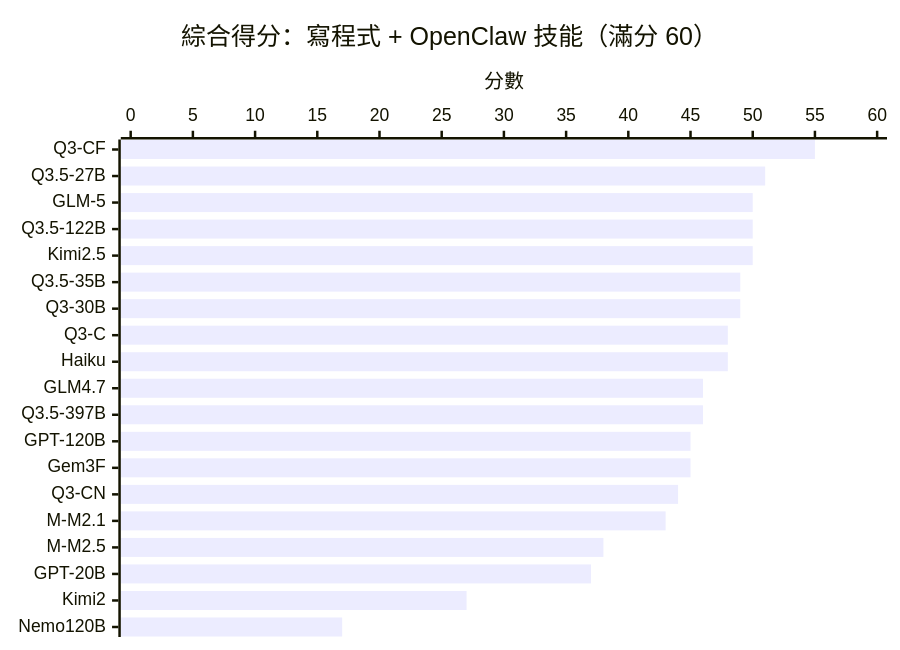
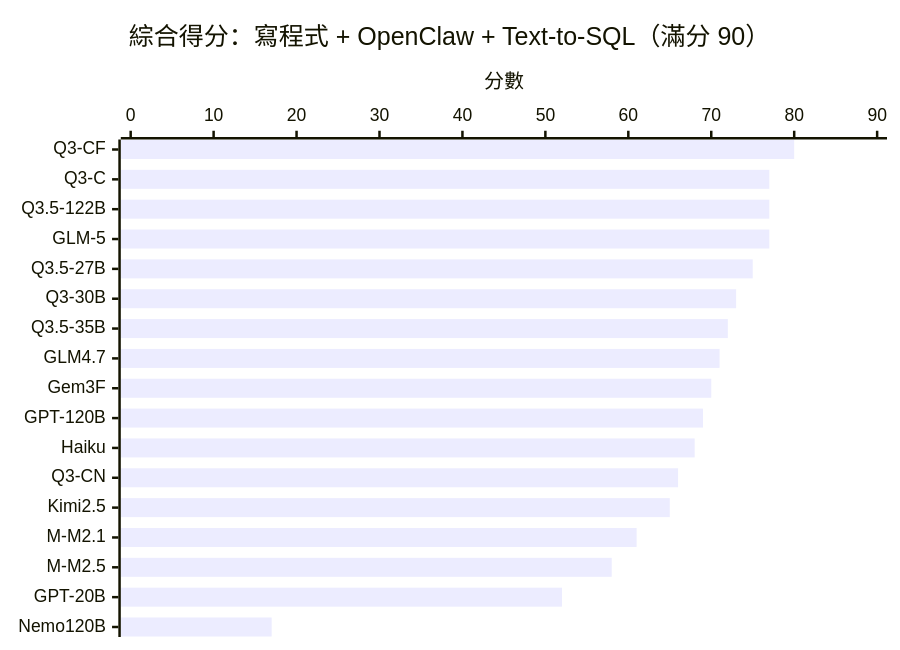
One commit to ywchiu/local_agentic_llm changed the first of 2 diagrams in README_zh.md. Above: the diagram before and after it, drawn with Mermaid. The commit also changed other lines of this file and 11 other files, not shown here.

First line of the commit message:
docs: add Group 3 Text-to-SQL results, update combined leaderboard to /90

````diff
--- a/README_zh.md
+++ b/README_zh.md
@@ -18,7 +18,7 @@
 ```mermaid
 xychart-beta horizontal
-    title "綜合得分：寫程式 + OpenClaw 技能（滿分 60）"
-    x-axis ["Q3-CF", "Q3.5-27B", "GLM-5", "Q3.5-122B", "Kimi2.5", "Q3.5-35B", "Q3-30B", "Q3-C", "Haiku", "GLM4.7", "Q3.5-397B", "GPT-120B", "Gem3F", "Q3-CN", "M-M2.1", "M-M2.5", "GPT-20B", "Kimi2", "Nemo120B"]
-    y-axis "分數" 0 --> 60
-    bar [55, 51, 50, 50, 50, 49, 49, 48, 48, 46, 46, 45, 45, 44, 43, 38, 37, 27, 17]
+    title "綜合得分：寫程式 + OpenClaw + Text-to-SQL（滿分 90）"
+    x-axis ["Q3-CF", "Q3-C", "Q3.5-122B", "GLM-5", "Q3.5-27B", "Q3-30B", "Q3.5-35B", "GLM4.7", "Gem3F", "GPT-120B", "Haiku", "Q3-CN", "Kimi2.5", "M-M2.1", "M-M2.5", "GPT-20B", "Nemo120B"]
+    y-axis "分數" 0 --> 90
+    bar [80, 77, 77, 77, 75, 73, 72, 71, 70, 69, 68, 66, 65, 61, 58, 52, 17]
 ```
````
